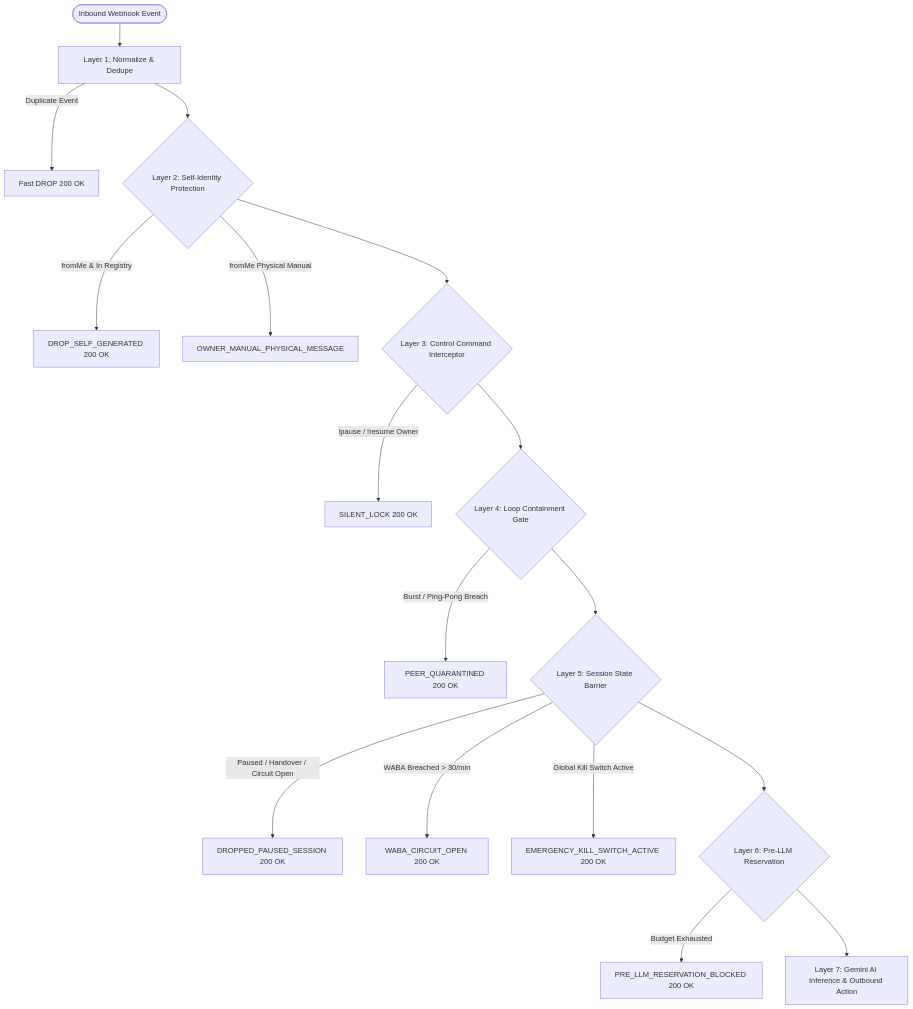
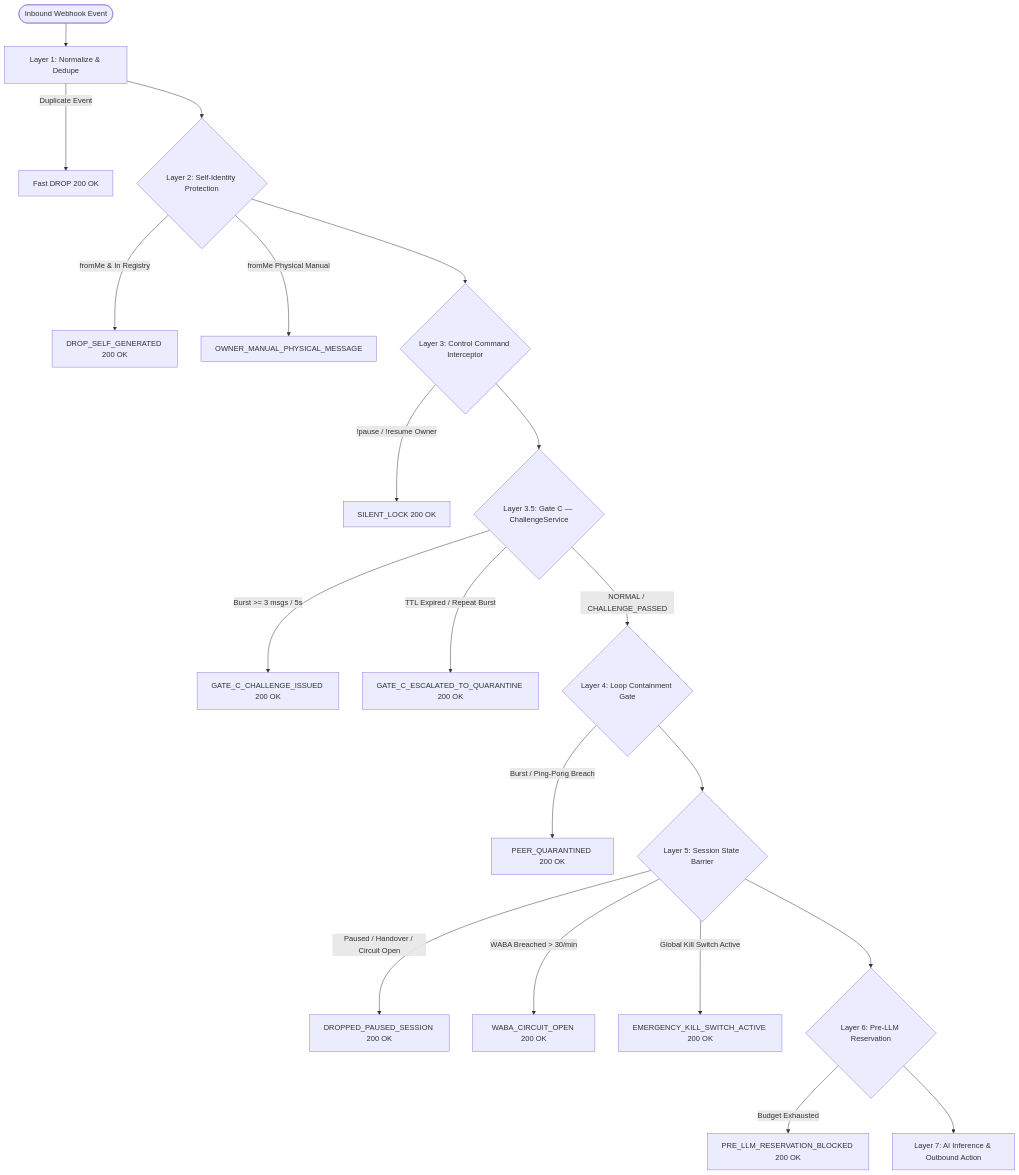
Before and after one commit to B055OB/boontrack-core: the first of 2 diagrams in ARCHITECTURE.md, drawn with Mermaid. The commit also changed other lines of this file and 3 other files, not shown here.

First line of the commit message:
feat(gate-c): implement ChallengeService Layer 3.5 - Adaptive First-Line Friction

````diff
--- a/ARCHITECTURE.md
+++ b/ARCHITECTURE.md
@@ -123,19 +123,22 @@
 ```mermaid
 flowchart TD
     Inbound([Inbound Webhook Event]) --> L1[Layer 1: Normalize & Dedupe]
     L1 -->|Duplicate Event| DropDedupe[Fast DROP 200 OK]
     L1 --> L2{Layer 2: Self-Identity Protection}
     L2 -->|fromMe & In Registry| DropEcho[DROP_SELF_GENERATED 200 OK]
     L2 -->|fromMe Physical Manual| Coexist[OWNER_MANUAL_PHYSICAL_MESSAGE]
     L2 --> L3{Layer 3: Control Command Interceptor}
     L3 -->|!pause / !resume Owner| SilentLock[SILENT_LOCK 200 OK]
-    L3 --> L4{Layer 4: Loop Containment Gate}
+    L3 --> L35{Layer 3.5: Gate C — ChallengeService}
+    L35 -->|Burst >= 3 msgs / 5s| Challenge[GATE_C_CHALLENGE_ISSUED 200 OK]
+    L35 -->|TTL Expired / Repeat Burst| GateCQ[GATE_C_ESCALATED_TO_QUARANTINE 200 OK]
+    L35 -->|NORMAL / CHALLENGE_PASSED| L4{Layer 4: Loop Containment Gate}
     L4 -->|Burst / Ping-Pong Breach| Quarantine[PEER_QUARANTINED 200 OK]
     L4 --> L5{Layer 5: Session State Barrier}
     L5 -->|Paused / Handover / Circuit Open| DropBarrier[DROPPED_PAUSED_SESSION 200 OK]
     L5 -->|WABA Breached > 30/min| DropWABA[WABA_CIRCUIT_OPEN 200 OK]
     L5 -->|Global Kill Switch Active| DropKill[EMERGENCY_KILL_SWITCH_ACTIVE 200 OK]
     L5 --> L6{Layer 6: Pre-LLM Reservation}
     L6 -->|Budget Exhausted| DropBudget[PRE_LLM_RESERVATION_BLOCKED 200 OK]
-    L6 --> L7[Layer 7: Gemini AI Inference & Outbound Action]
+    L6 --> L7[Layer 7: AI Inference & Outbound Action]
 ```
````
